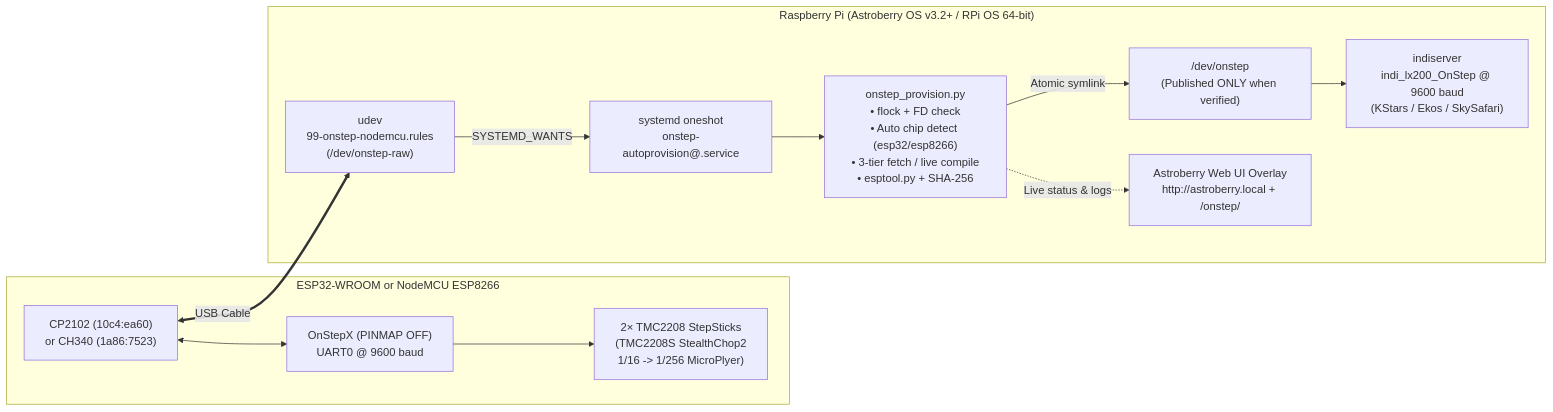
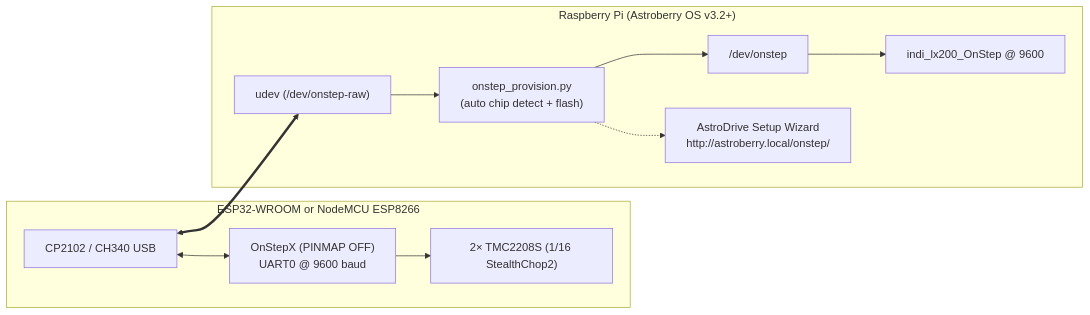
Before and after one commit to 0denko/AstroDrive: the diagram in README.md, drawn with Mermaid. The commit also changed other lines of this file and 6 other files, not shown here.

Commit message:
Add one-line setup.sh, guided 5-step Web Setup Wizard, auto INDI defaults, and simplified README

````diff
--- a/README.md
+++ b/README.md
@@ -208,24 +128,19 @@
 ```mermaid
 flowchart LR
     subgraph MCU["ESP32-WROOM or NodeMCU ESP8266"]
-        USB["CP2102 (10c4:ea60)\nor CH340 (1a86:7523)"]
+        USB["CP2102 / CH340 USB"]
         FW["OnStepX (PINMAP OFF)\nUART0 @ 9600 baud"]
-        DRV["2× TMC2208 StepSticks\n(TMC2208S StealthChop2\n1/16 -> 1/256 MicroPlyer)"]
+        DRV["2× TMC2208S (1/16 StealthChop2)"]
         USB <--> FW --> DRV
     end
-
-    subgraph RPI["Raspberry Pi (Astroberry OS v3.2+ / RPi OS 64-bit)"]
-        UDEV["udev\n99-onstep-nodemcu.rules\n(/dev/onstep-raw)"]
-        SVC["systemd oneshot\nonstep-autoprovision@.service"]
-        PROV["onstep_provision.py\n• flock + FD check\n• Auto chip detect (esp32/esp8266)\n• 3-tier fetch / live compile\n• esptool.py + SHA-256"]
-        LINK["/dev/onstep\n(Published ONLY when verified)"]
-        INDI["indiserver\nindi_lx200_OnStep @ 9600 baud\n(KStars / Ekos / SkySafari)"]
-        UI["Astroberry Web UI Overlay\nhttp://astroberry.local + /onstep/"]
-
-        UDEV -->|SYSTEMD_WANTS| SVC --> PROV
-        PROV -->|Atomic symlink| LINK --> INDI
-        PROV -. "Live status & logs" .-> UI
+    subgraph RPI["Raspberry Pi (Astroberry OS v3.2+)"]
+        UDEV["udev (/dev/onstep-raw)"]
+        PROV["onstep_provision.py\n(auto chip detect + flash)"]
+        LINK["/dev/onstep"]
+        INDI["indi_lx200_OnStep @ 9600"]
+        UI["AstroDrive Setup Wizard\nhttp://astroberry.local/onstep/"]
+        UDEV --> PROV --> LINK --> INDI
+        PROV -.-> UI
     end
-
-    USB <== "USB Cable" ==> UDEV
+    USB <==> UDEV
 ```
````
